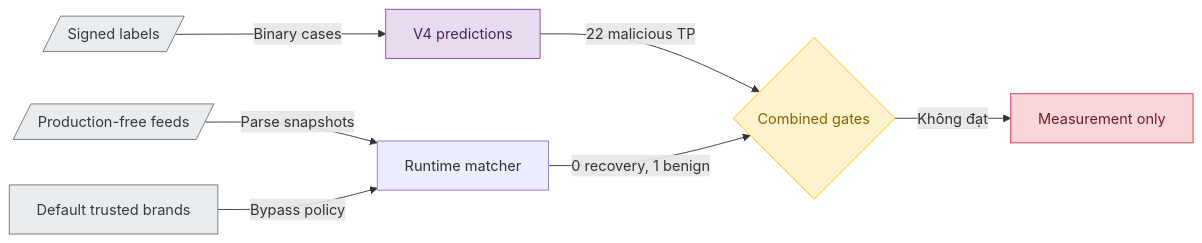
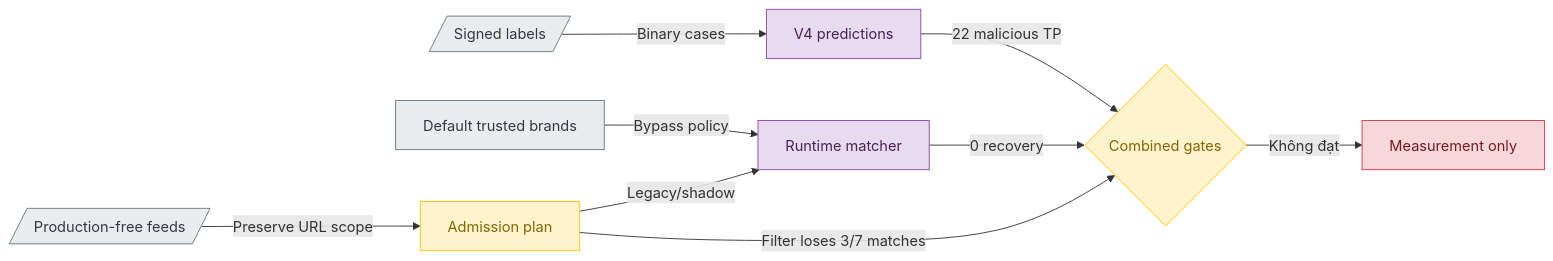
Before and after one commit to vmcchooky/safe-zone: the diagram in docs/research/security/threat-context-evaluation.md, drawn with Mermaid. The commit also changed other lines of this file and 20 other files, not shown here.

Commit message:
feat(feed): add shadow URL-host admission

````diff
--- a/docs/research/security/threat-context-evaluation.md
+++ b/docs/research/security/threat-context-evaluation.md
@@ -12,18 +12,20 @@
 ```mermaid
 flowchart LR
     A[/Signed labels/] -->|Binary cases| B[V4 predictions]
-    C[/Production-free feeds/] -->|Parse snapshots| D[Runtime matcher]
-    E[Default trusted brands] -->|Bypass policy| D
+    C[/Production-free feeds/] -->|Preserve URL scope| D[Admission plan]
+    E[Default trusted brands] -->|Bypass policy| H[Runtime matcher]
+    D -->|Legacy/shadow| H
     B -->|22 malicious TP| F{Combined gates}
-    D -->|0 recovery, 1 benign| F
+    H -->|0 recovery| F
+    D -->|Filter loses 3/7 matches| F
     F -->|Không đạt| G[Measurement only]
 
     classDef input fill:#E9ECEF,stroke:#6C757D,color:#343A40
     classDef ai fill:#E8DAEF,stroke:#8E44AD,color:#4A235A
     classDef decision fill:#FFF3CD,stroke:#FFC107,color:#856404
     classDef blocked fill:#F8D7DA,stroke:#DC3545,color:#721C24
     class A,C,E input
-    class B ai
-    class F decision
+    class B,H ai
+    class D,F decision
     class G blocked
 ```
````
